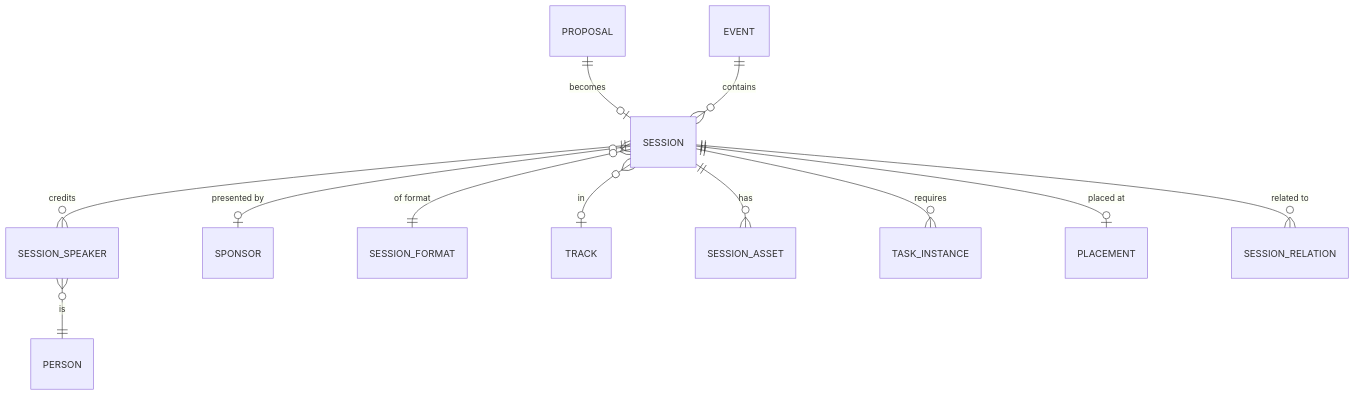
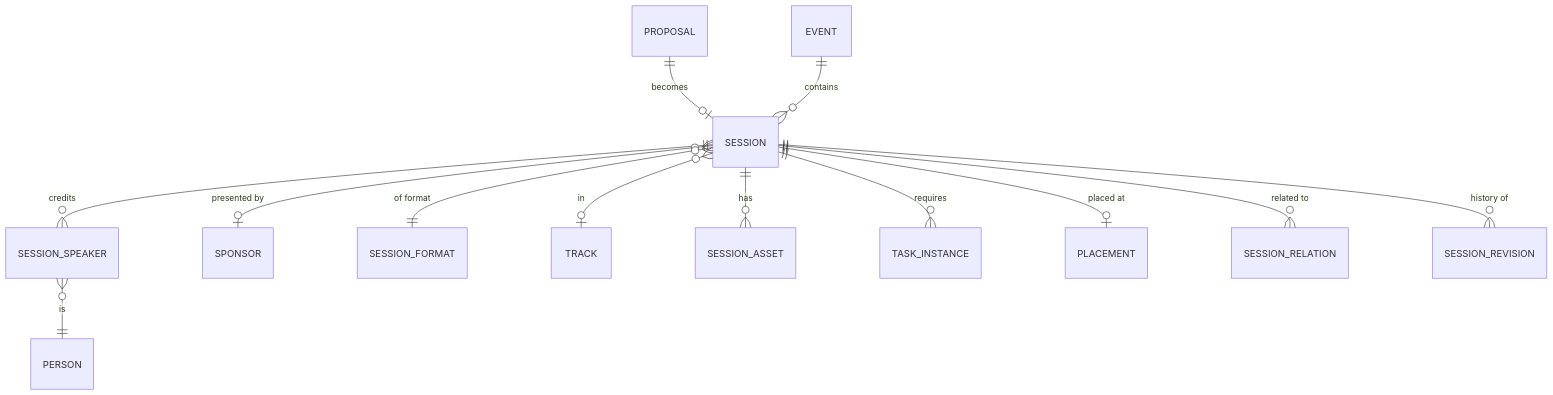
One commit to sameersegal/Podium changed the first of 3 diagrams in docs/domain/06-program.md. Above: the diagram before and after it, drawn with Mermaid. The commit also changed other lines of this file and 15 other files, not shown here.

````diff
--- a/docs/domain/06-program.md
+++ b/docs/domain/06-program.md
@@ -23,14 +23,15 @@
 ```mermaid
 erDiagram
   PROPOSAL ||--o| SESSION : becomes
   EVENT ||--o{ SESSION : contains
   SESSION ||--o{ SESSION_SPEAKER : credits
   SESSION_SPEAKER }o--|| PERSON : is
   SESSION }o--o| SPONSOR : "presented by"
   SESSION }o--|| SESSION_FORMAT : "of format"
   SESSION }o--o| TRACK : "in"
   SESSION ||--o{ SESSION_ASSET : has
   SESSION ||--o{ TASK_INSTANCE : requires
   SESSION ||--o| PLACEMENT : "placed at"
   SESSION ||--o{ SESSION_RELATION : "related to"
+  SESSION ||--o{ SESSION_REVISION : "history of"
 ```
````
